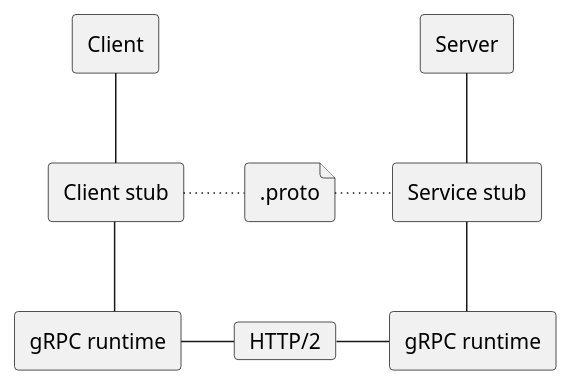
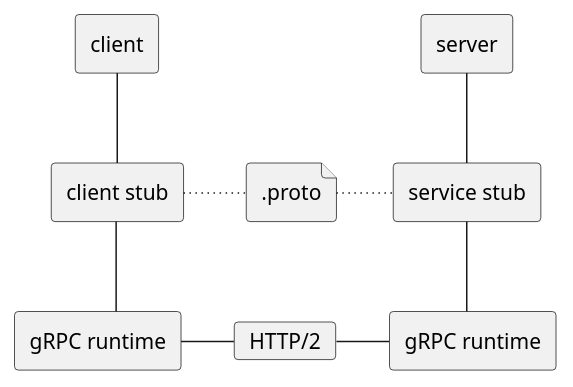
The diagram in example1/images/RPC.puml (c0p4c4b4n4/grpc-grpc-java), drawn with PlantUML before and after one commit.

```diff
--- a/example1/images/RPC.puml
+++ b/example1/images/RPC.puml
@@ -1,36 +1,36 @@
 @startuml
 
 skinparam linetype ortho
 
 'skinparam monochrome true
 'skinparam defaultFontName Source Sans Pro
 'skinparam titleFontSize 15
 'skinparam sequenceMessageAlign left
 'skinparam participantBackgroundColor #white
 'skinparam noteBackgroundColor #white
 'skinparam sequenceGroupBackgroundColor #white
 
-rectangle "Client" as C1
-rectangle "Client stub" as C2
+rectangle "client" as C1
+rectangle "client stub" as C2
 rectangle "gRPC runtime" as C3
 
-rectangle "Server" as S1
-rectangle "Service stub" as S2
+rectangle "server" as S1
+rectangle "service stub" as S2
 rectangle "gRPC runtime" as S3
 
 file ".proto" as P
 card "HTTP/2" as H
 
 C1 -down- C2
 C2 -down- C3
 
 S1 -down- S2
 S2 -down- S3
 
 C2 --[dotted]right-- P
 P --[dotted]right-- S2
 
 C3 -right- H
 H -right- S3
 
 @enduml
```
